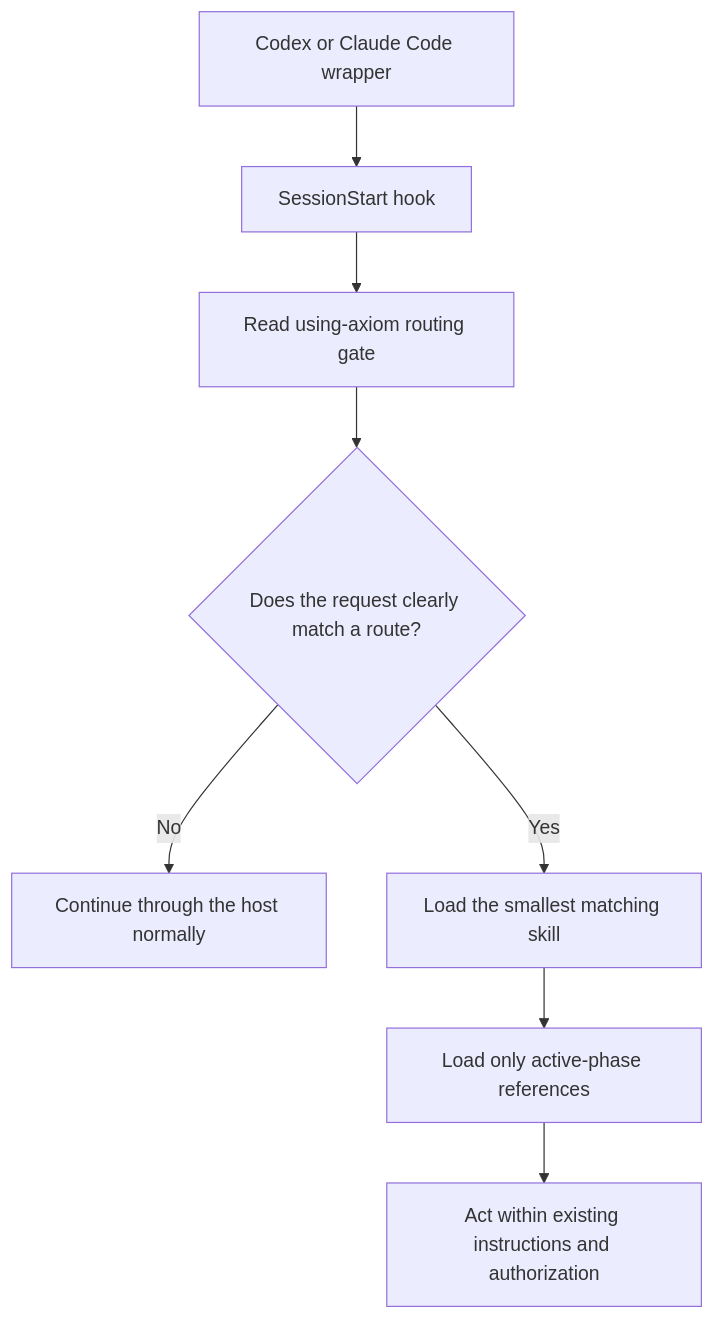
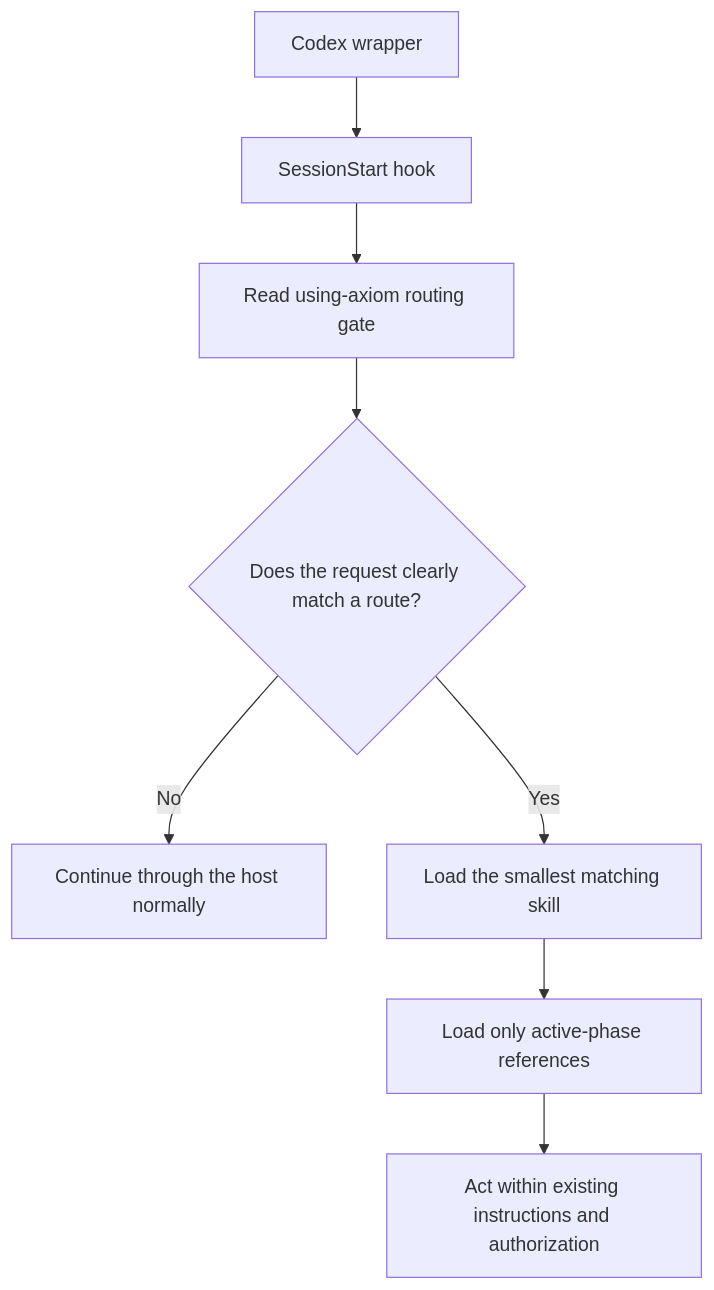
Before and after one commit to wheakerd/axiom: the diagram in docs/architecture.md, drawn with Mermaid. The commit also changed other lines of this file and 89 other files, not shown here.

````diff
--- a/docs/architecture.md
+++ b/docs/architecture.md
@@ -7,10 +7,10 @@
 ```mermaid
 flowchart TD
-    A["Codex or Claude Code wrapper"] --> B["SessionStart hook"]
+    A["Codex wrapper"] --> B["SessionStart hook"]
     B --> C["Read using-axiom routing gate"]
     C --> D{"Does the request clearly match a route?"}
     D -- "No" --> E["Continue through the host normally"]
     D -- "Yes" --> F["Load the smallest matching skill"]
     F --> G["Load only active-phase references"]
     G --> H["Act within existing instructions and authorization"]
 ```
````
